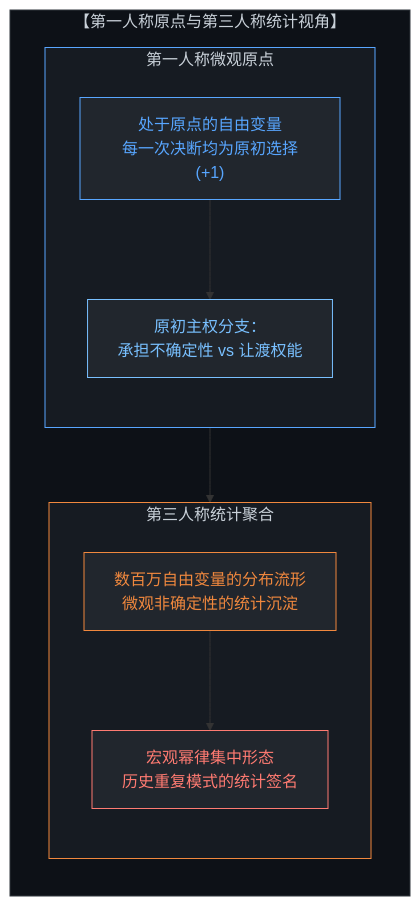
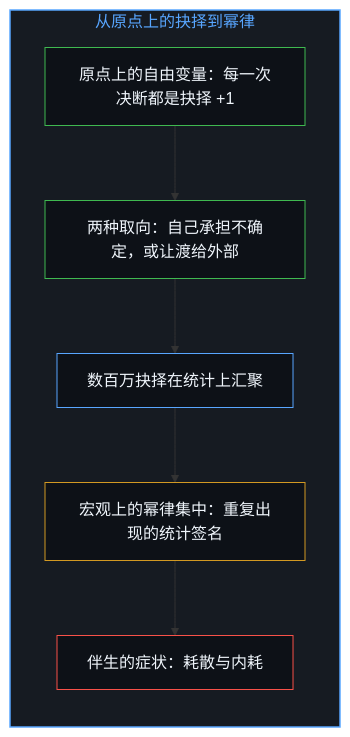
Before and after one commit to powerpig99/not-a-toe: the first of 12 diagrams in content/posts/the-power-law-of-surrendered-agency.md, drawn with Mermaid. The commit also changed other lines of this file and 2 other files, not shown here.

Commit message:
Refine the-power-law-of-surrendered-agency: alternating bilingual layout, six paired diagrams, implicit first person

````diff
--- a/content/posts/the-power-law-of-surrendered-agency.md
+++ b/content/posts/the-power-law-of-surrendered-agency.md
@@ -13,26 +21,22 @@
 ```mermaid
-graph TD
-    subgraph DualPerspective["【第一人称原点与第三人称统计视角】"]
+flowchart TD
+    subgraph S_Signature["从原点上的抉择到幂律"]
         direction TB
-        subgraph MicroOrigin["第一人称微观原点"]
-            direction TB
-            MindAgent["处于原点的自由变量<br>每一次决断均为原初选择(+1)"]
-            ChoiceNode["原初主权分支：<br>承担不确定性 vs 让渡权能"]
-        end
-        subgraph MacroView["第三人称统计聚合"]
-            direction TB
-            PopDistribution["数百万自由变量的分布流形<br>微观非确定性的统计沉淀"]
-            PowerLawCurve["宏观幂律集中形态<br>历史重复模式的统计签名"]
-        end
-        MindAgent --> ChoiceNode
-        ChoiceNode --> PopDistribution
-        PopDistribution --> PowerLawCurve
+        Origin["原点上的自由变量：每一次决断都是抉择 +1"]
+        Branch["两种取向：自己承担不确定，或让渡给外部"]
+        Aggregate["数百万抉择在统计上汇聚"]
+        Law["宏观上的幂律集中：重复出现的统计签名"]
+        Symptom["伴生的症状：耗散与内耗"]
+        Origin --> Branch
+        Branch --> Aggregate
+        Aggregate --> Law
+        Law --> Symptom
     end
-    style DualPerspective fill:#0d1117,stroke:#30363d,stroke-width:1px,color:#c9d1d9
-    style MicroOrigin fill:#161b22,stroke:#58a6ff,stroke-width:1px,color:#c9d1d9
-    style MacroView fill:#161b22,stroke:#f0883e,stroke-width:1px,color:#c9d1d9
-    style MindAgent fill:#21262d,stroke:#58a6ff,color:#58a6ff
-    style ChoiceNode fill:#21262d,stroke:#79c0ff,color:#79c0ff
-    style PopDistribution fill:#21262d,stroke:#f0883e,color:#f0883e
-    style PowerLawCurve fill:#21262d,stroke:#ff7b72,color:#ff7b72
+
+    style S_Signature fill:#161b22,stroke:#58a6ff,stroke-width:1.5px,color:#58a6ff
+    style Origin fill:#0d1117,stroke:#3fb950,stroke-width:1px,color:#f0f6fc
+    style Branch fill:#0d1117,stroke:#3fb950,stroke-width:1px,color:#f0f6fc
+    style Aggregate fill:#0d1117,stroke:#58a6ff,stroke-width:1px,color:#f0f6fc
+    style Law fill:#0d1117,stroke:#d29922,stroke-width:1px,color:#f0f6fc
+    style Symptom fill:#0d1117,stroke:#f85149,stroke-width:1px,color:#f0f6fc
 ```
````
